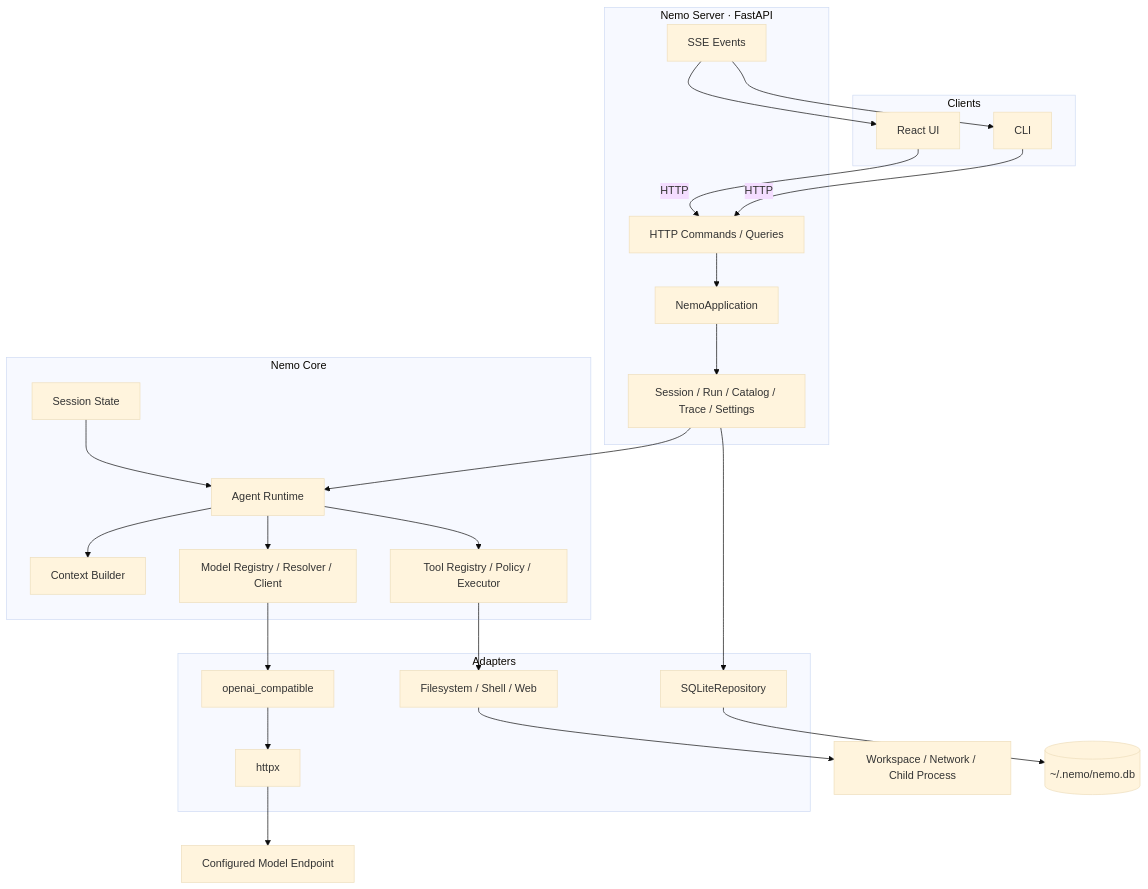
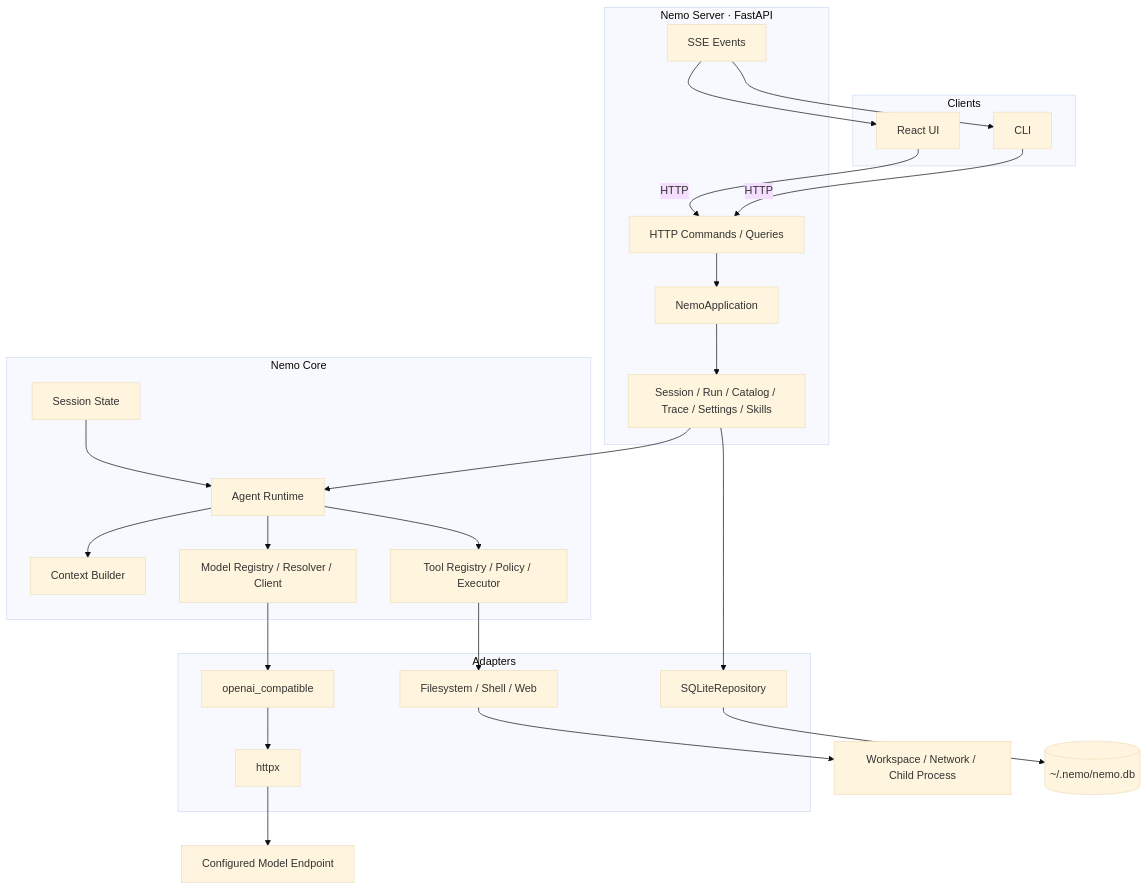
The first of 3 diagrams in NEMO_ARCHITECTURE.md (jiayu5/Nemo), drawn with Mermaid (base theme) before and after one commit. The commit also changed other lines of this file and 70 other files, not shown here.

````diff
--- a/NEMO_ARCHITECTURE.md
+++ b/NEMO_ARCHITECTURE.md
@@ -19,45 +19,45 @@
 ```mermaid
 flowchart TB
     subgraph CLIENTS["Clients"]
         UI["React UI"]
         CLI["CLI"]
     end
 
     subgraph SERVER["Nemo Server · FastAPI"]
         API["HTTP Commands / Queries"]
         SSE["SSE Events"]
         APP["NemoApplication"]
-        USECASES["Session / Run / Catalog / Trace / Settings"]
+        USECASES["Session / Run / Catalog / Trace / Settings / Skills"]
         API --> APP --> USECASES
     end
 
     subgraph CORE["Nemo Core"]
         SESSION["Session State"]
         RUNTIME["Agent Runtime"]
         CONTEXT["Context Builder"]
         MODEL["Model Registry / Resolver / Client"]
         TOOLS["Tool Registry / Policy / Executor"]
         SESSION --> RUNTIME
         RUNTIME --> CONTEXT
         RUNTIME --> MODEL
         RUNTIME --> TOOLS
     end
 
     subgraph ADAPTERS["Adapters"]
         PROTOCOL["openai_compatible"]
         LOCAL["Filesystem / Shell / Web"]
         HTTP["httpx"]
         REPO["SQLiteRepository"]
     end
 
     UI -->|HTTP| API
     CLI -->|HTTP| API
     SSE --> UI
     SSE --> CLI
     USECASES --> RUNTIME
     USECASES --> REPO
     MODEL --> PROTOCOL --> HTTP --> PROVIDER["Configured Model Endpoint"]
     TOOLS --> LOCAL
     REPO --> DB[("~/.nemo/nemo.db")]
     LOCAL --> WS["Workspace / Network / Child Process"]
 ```
````
